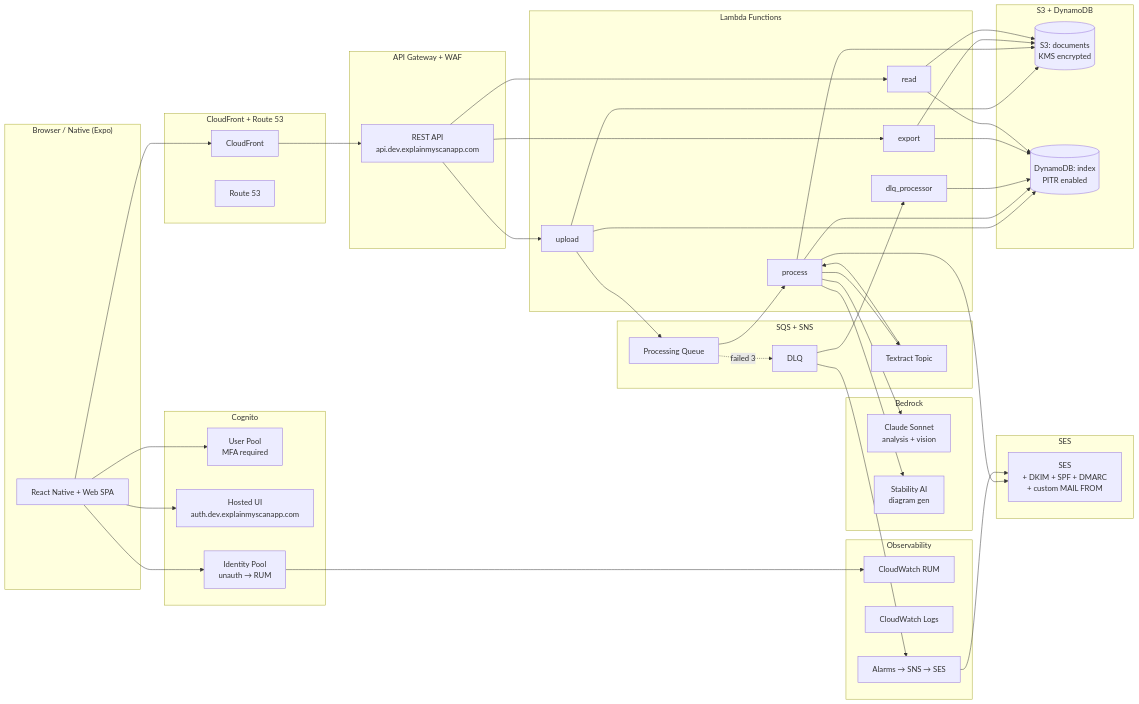
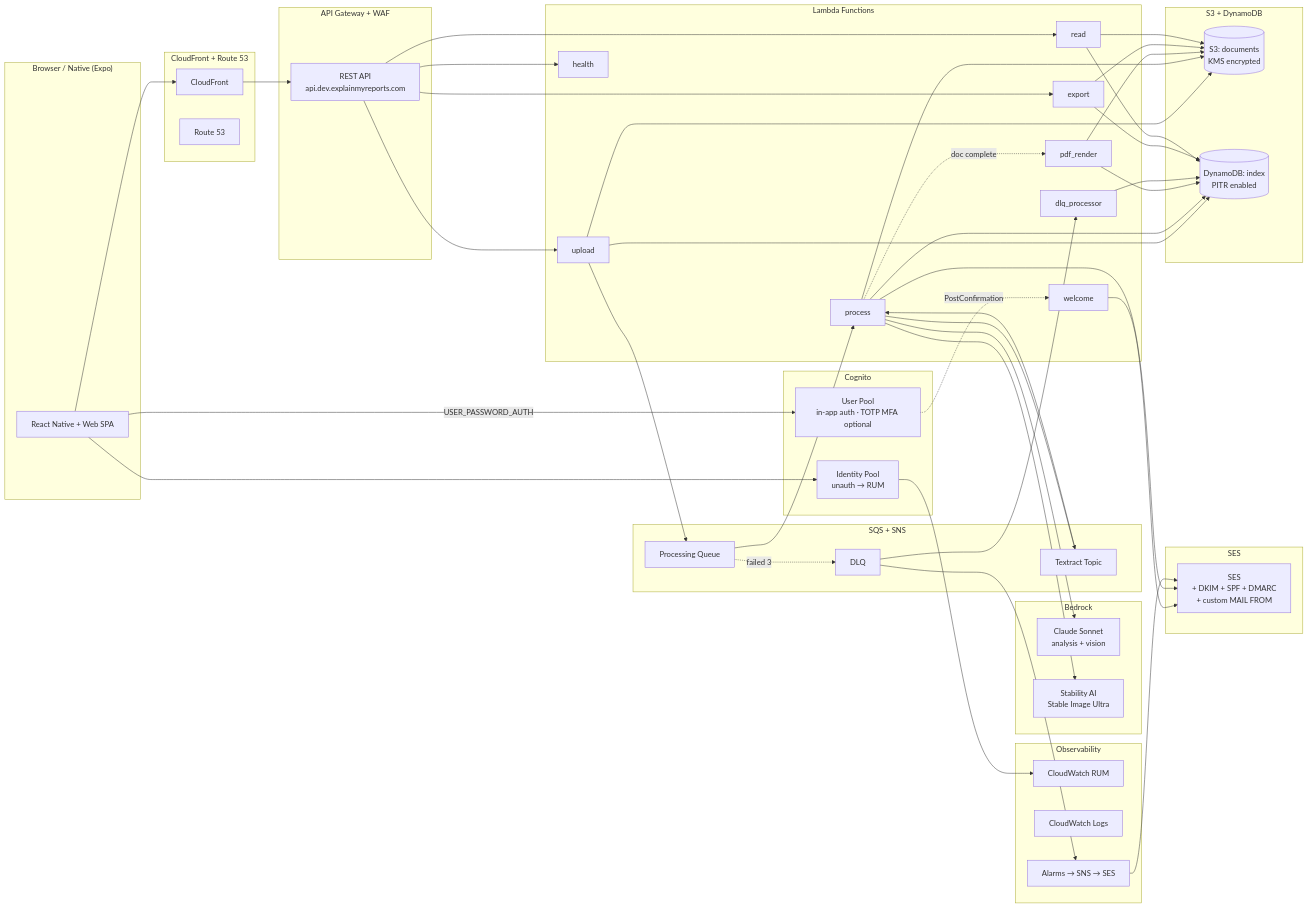
The first of 3 diagrams in README.md (Bryson2809/explainmyreports-overview), drawn with Mermaid before and after one commit. The commit also changed other lines of this file and 11 other files, not shown here.

```diff
--- a/README.md
+++ b/README.md
@@ -46,13 +46,12 @@
     end
 
     subgraph Auth["Cognito"]
-        Pool[User Pool<br/>MFA required]
-        HUI[Hosted UI<br/>auth.dev.explainmyscanapp.com]
+        Pool[User Pool<br/>in-app auth · TOTP MFA optional]
         IDP[Identity Pool<br/>unauth → RUM]
     end
 
     subgraph API["API Gateway + WAF"]
-        GW[REST API<br/>api.dev.explainmyscanapp.com]
+        GW[REST API<br/>api.dev.explainmyreports.com]
     end
 
     subgraph Lambda["Lambda Functions"]
@@ -60,12 +59,15 @@
         Process[process]
         Read[read]
         Export[export]
+        Render[pdf_render]
         DLQ[dlq_processor]
+        Welcome[welcome]
+        Health[health]
     end
 
     subgraph AI["Bedrock"]
         Claude[Claude Sonnet<br/>analysis + vision]
-        Stability[Stability AI<br/>diagram gen]
+        Stability[Stability AI<br/>Stable Image Ultra]
     end
 
     subgraph Storage["S3 + DynamoDB"]
@@ -90,14 +92,16 @@
     end
 
     UI --> CF
-    UI --> Pool
-    UI --> HUI
+    UI -->|USER_PASSWORD_AUTH| Pool
     UI --> IDP
     IDP --> RUM
+    Pool -.PostConfirmation.-> Welcome
+    Welcome --> SES
     CF --> GW
     GW --> Upload
     GW --> Read
     GW --> Export
+    GW --> Health
     Upload --> Docs
     Upload --> DDB
     Upload --> Main
@@ -109,6 +113,9 @@
     Process --> Docs
     Process --> DDB
     Process --> SES
+    Process -.doc complete.-> Render
+    Render --> Docs
+    Render --> DDB
     Main -.failed 3x.-> Dead
     Dead --> DLQ
     DLQ --> DDB
```
